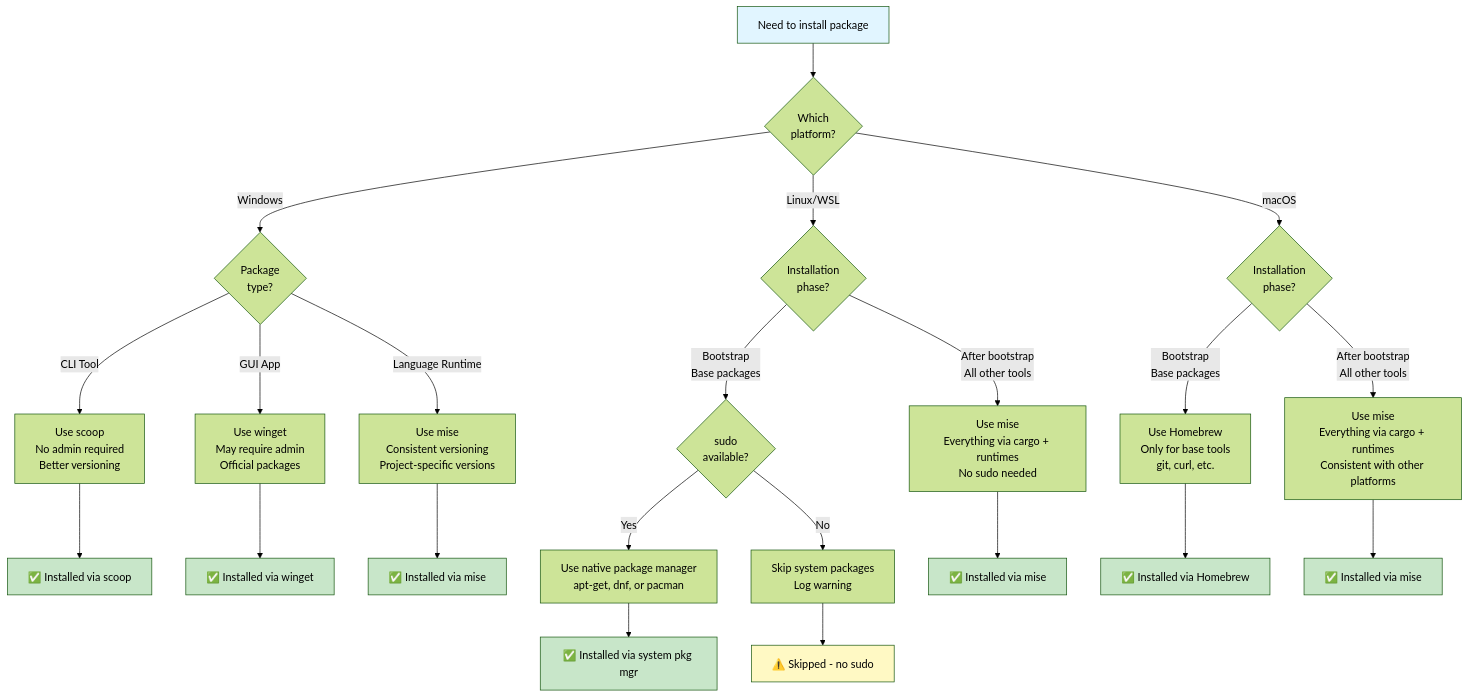
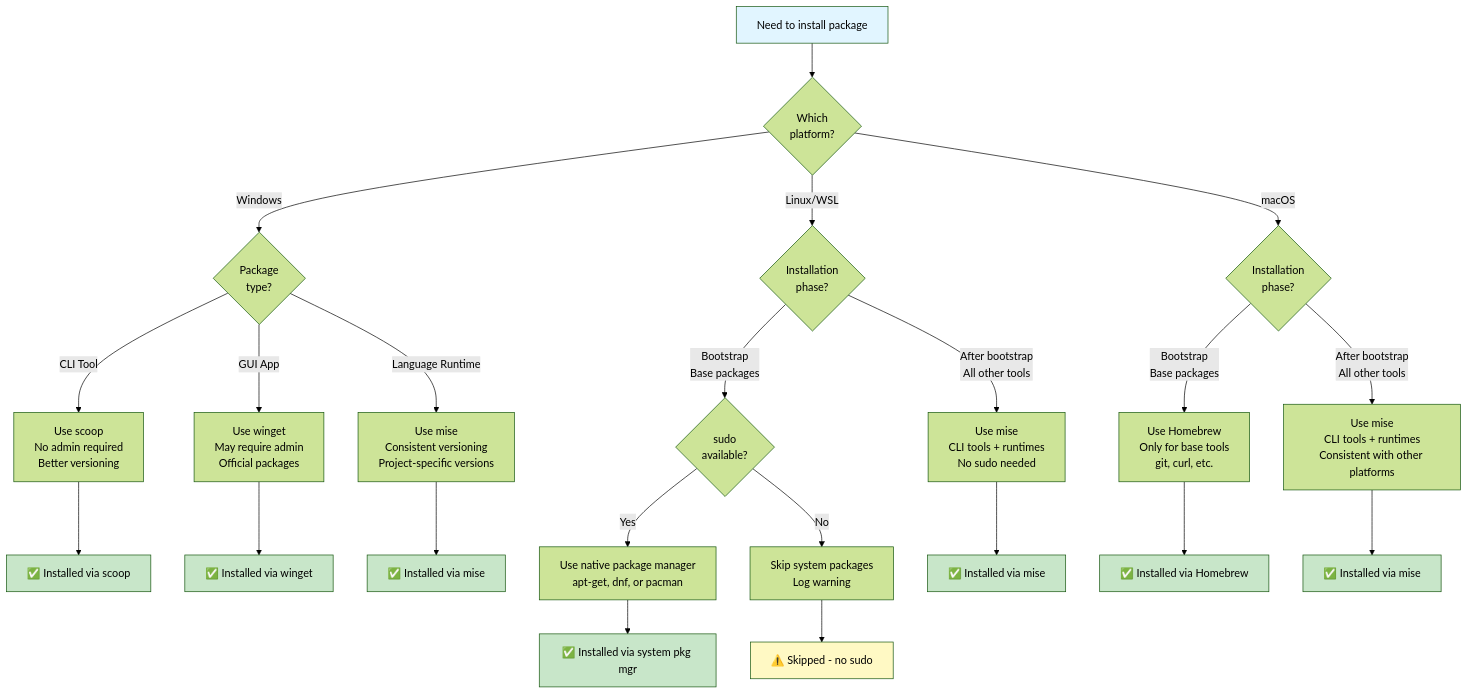
The fourth of 7 diagrams in INSTALL-GUIDE.md (Randallsm83/chezmoi), drawn with Mermaid (forest theme) before and after one commit. The commit also changed other lines of this file and 8 other files, not shown here.

````diff
--- a/INSTALL-GUIDE.md
+++ b/INSTALL-GUIDE.md
@@ -290,40 +290,40 @@
 ```mermaid
 graph TD
     Need[Need to install package] --> Platform{Which<br/>platform?}
     
     Platform -->|Windows| WinType{Package<br/>type?}
     Platform -->|Linux/WSL| LinuxPhase{Installation<br/>phase?}
     Platform -->|macOS| MacPhase{Installation<br/>phase?}
     
     WinType -->|CLI Tool| Scoop[Use scoop<br/>No admin required<br/>Better versioning]
     WinType -->|GUI App| Winget[Use winget<br/>May require admin<br/>Official packages]
     WinType -->|Language Runtime| MiseWin[Use mise<br/>Consistent versioning<br/>Project-specific versions]
     
     LinuxPhase -->|Bootstrap<br/>Base packages| SysLinux{sudo<br/>available?}
-    LinuxPhase -->|After bootstrap<br/>All other tools| MiseLinux[Use mise<br/>Everything via cargo + runtimes<br/>No sudo needed]
+    LinuxPhase -->|After bootstrap<br/>All other tools| MiseLinux[Use mise<br/>CLI tools + runtimes<br/>No sudo needed]
     
     SysLinux -->|Yes| NativePkgMgr[Use native package manager<br/>apt-get, dnf, or pacman]
     SysLinux -->|No| SkipSys[Skip system packages<br/>Log warning]
     
     MacPhase -->|Bootstrap<br/>Base packages| BrewMac[Use Homebrew<br/>Only for base tools<br/>git, curl, etc.]
-    MacPhase -->|After bootstrap<br/>All other tools| MiseMac[Use mise<br/>Everything via cargo + runtimes<br/>Consistent with other platforms]
+    MacPhase -->|After bootstrap<br/>All other tools| MiseMac[Use mise<br/>CLI tools + runtimes<br/>Consistent with other platforms]
     
     Scoop --> Result1[✅ Installed via scoop]
     Winget --> Result2[✅ Installed via winget]
     MiseWin --> Result3[✅ Installed via mise]
     MiseLinux --> Result4[✅ Installed via mise]
     NativePkgMgr --> Result5[✅ Installed via system pkg mgr]
     SkipSys --> Result6[⚠️ Skipped - no sudo]
     BrewMac --> Result7[✅ Installed via Homebrew]
     MiseMac --> Result8[✅ Installed via mise]
     
     style Need fill:#e1f5ff
     style Result1 fill:#c8e6c9
     style Result2 fill:#c8e6c9
     style Result3 fill:#c8e6c9
     style Result4 fill:#c8e6c9
     style Result5 fill:#c8e6c9
     style Result6 fill:#fff9c4
     style Result7 fill:#c8e6c9
     style Result8 fill:#c8e6c9
 ```
````
